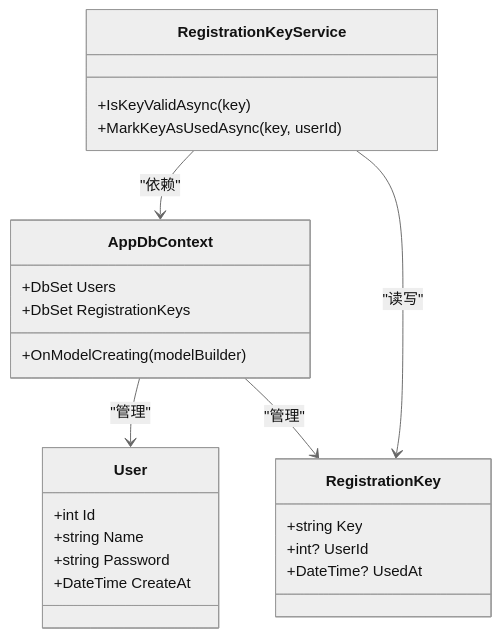
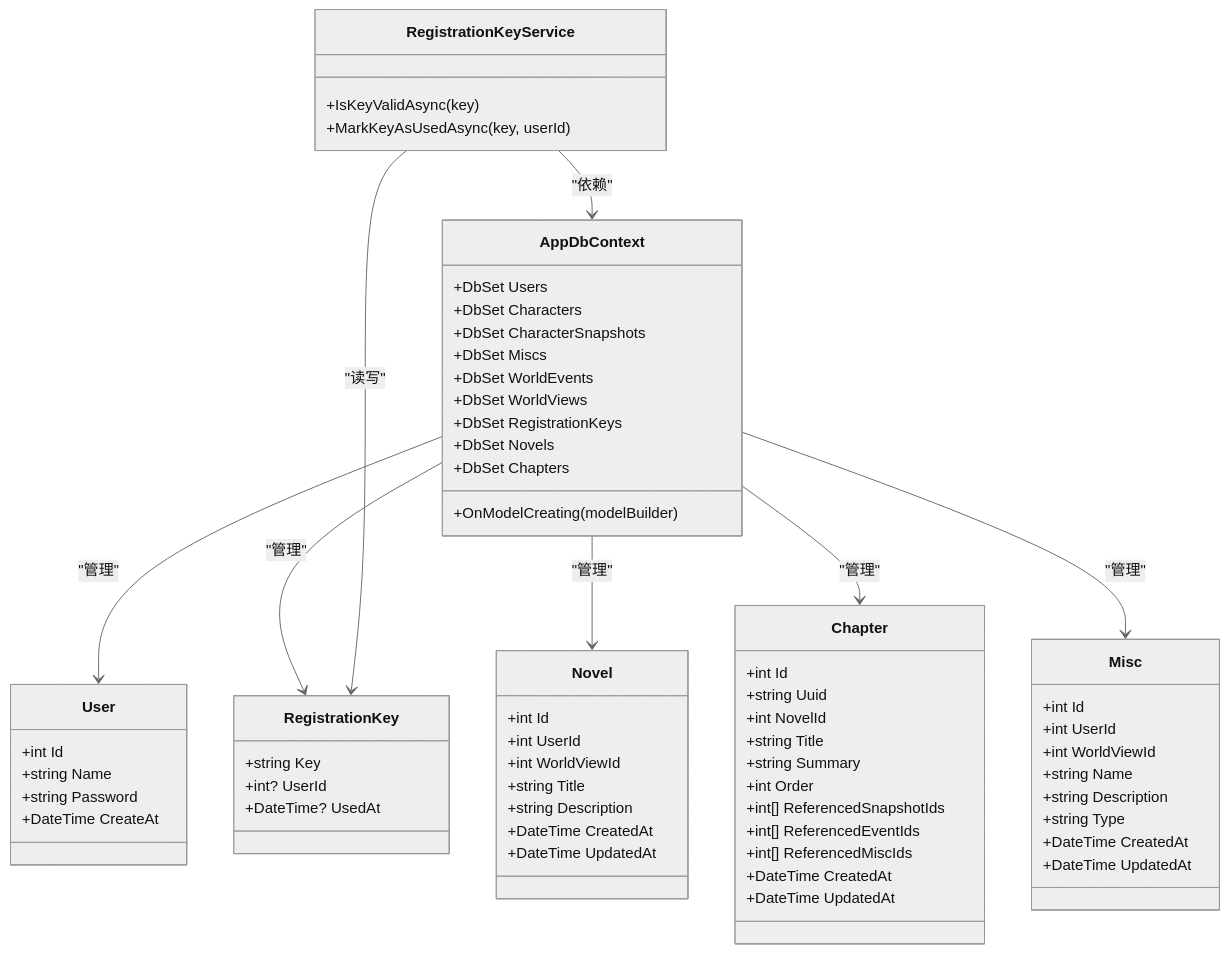
Before and after one commit to cppsh1t/talearc-backend: the second of 4 diagrams in .qoder/repowiki/zh/content/数据模型与数据库设计/数据模型与数据库设计.md, drawn with Mermaid (neutral theme). The commit also changed other lines of this file and 7 other files, not shown here.

````diff
--- a/.qoder/repowiki/zh/content/数据模型与数据库设计/数据模型与数据库设计.md
+++ b/.qoder/repowiki/zh/content/数据模型与数据库设计/数据模型与数据库设计.md
@@ -110,27 +203,69 @@
 ```mermaid
 classDiagram
 class User {
 +int Id
 +string Name
 +string Password
 +DateTime CreateAt
 }
 class RegistrationKey {
 +string Key
 +int? UserId
 +DateTime? UsedAt
 }
+class Novel {
++int Id
++int UserId
++int WorldViewId
++string Title
++string Description
++DateTime CreatedAt
++DateTime UpdatedAt
+}
+class Chapter {
++int Id
++string Uuid
++int NovelId
++string Title
++string Summary
++int Order
++int[] ReferencedSnapshotIds
++int[] ReferencedEventIds
++int[] ReferencedMiscIds
++DateTime CreatedAt
++DateTime UpdatedAt
+}
+class Misc {
++int Id
++int UserId
++int WorldViewId
++string Name
++string Description
++string Type
++DateTime CreatedAt
++DateTime UpdatedAt
+}
 class AppDbContext {
 +DbSet<User> Users
++DbSet<Character> Characters
++DbSet<CharacterSnapshot> CharacterSnapshots
++DbSet<Misc> Miscs
++DbSet<WorldEvent> WorldEvents
++DbSet<WorldView> WorldViews
 +DbSet<RegistrationKey> RegistrationKeys
++DbSet<Novel> Novels
++DbSet<Chapter> Chapters
 +OnModelCreating(modelBuilder)
 }
 class RegistrationKeyService {
 +IsKeyValidAsync(key)
 +MarkKeyAsUsedAsync(key, userId)
 }
 AppDbContext --> User : "管理"
 AppDbContext --> RegistrationKey : "管理"
+AppDbContext --> Novel : "管理"
+AppDbContext --> Chapter : "管理"
+AppDbContext --> Misc : "管理"
 RegistrationKeyService --> AppDbContext : "依赖"
 RegistrationKeyService --> RegistrationKey : "读写"
 ```
````
